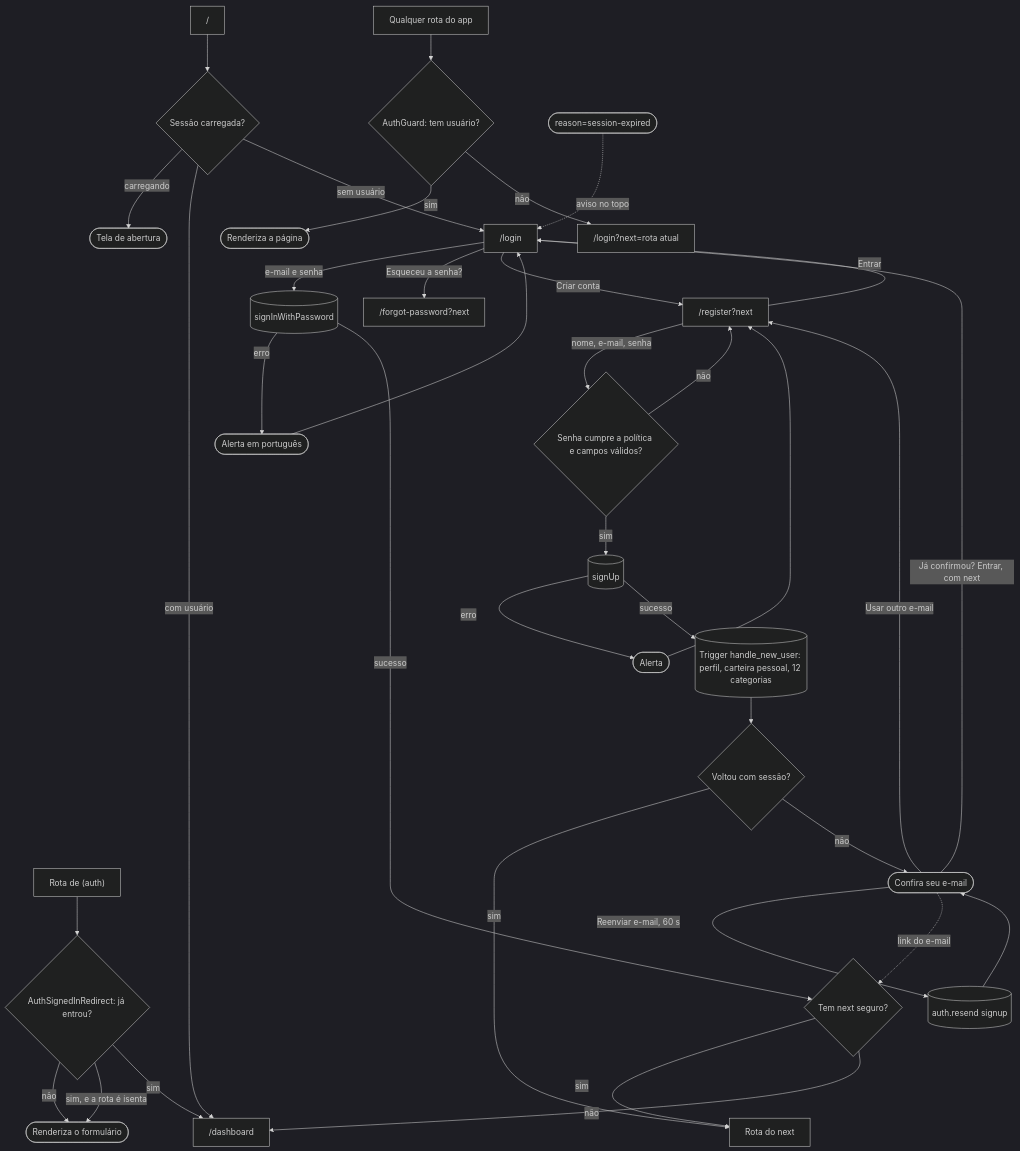
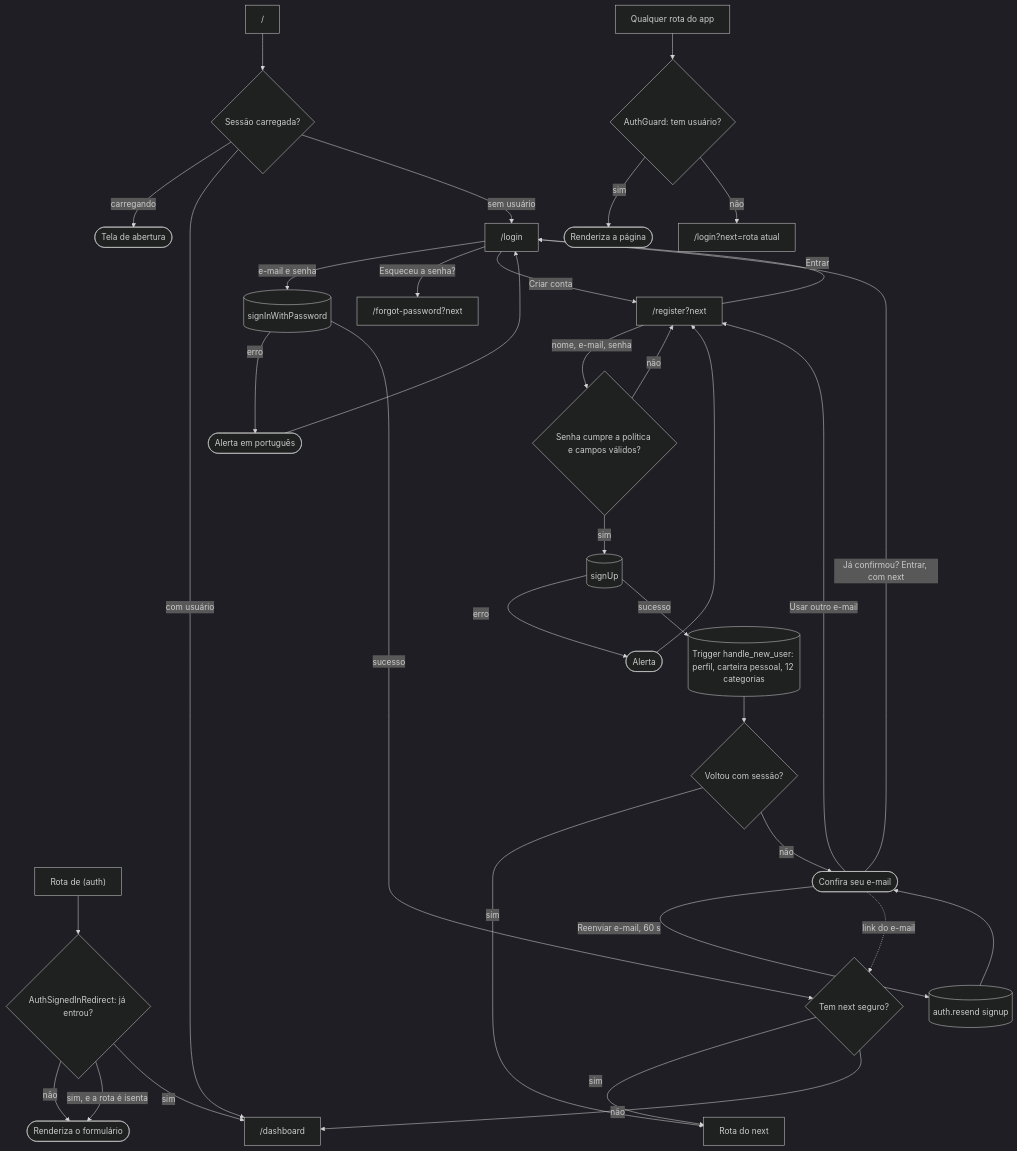
One commit to kauax2000/finance_app changed the second of 31 diagrams in docs/JORNADAS.md. Above: the diagram before and after it, drawn with Mermaid. The commit also changed other lines of this file and 71 other files, not shown here.

````diff
--- a/docs/JORNADAS.md
+++ b/docs/JORNADAS.md
@@ -197,40 +197,39 @@
 ```mermaid
 %%{init: {"theme": "dark"}}%%
 flowchart TD
     root["/"] --> loading{"Sessão carregada?"}
     loading -->|"carregando"| bootscreen(["Tela de abertura"])
     loading -->|"com usuário"| dash["/dashboard"]
     loading -->|"sem usuário"| login["/login"]
 
     protected["Qualquer rota do app"] --> guard{"AuthGuard: tem usuário?"}
     guard -->|"sim"| page(["Renderiza a página"])
     guard -->|"não"| loginNext["/login?next=rota atual"]
 
     authRoute["Rota de (auth)"] --> backGuard{"AuthSignedInRedirect: já entrou?"}
     backGuard -->|"não"| form(["Renderiza o formulário"])
     backGuard -->|"sim, e a rota é isenta"| form
     backGuard -->|"sim"| dash
 
     login -->|"e-mail e senha"| signin[("signInWithPassword")]
     signin -->|"erro"| loginErr(["Alerta em português"]) --> login
     signin -->|"sucesso"| nextOk{"Tem next seguro?"}
     nextOk -->|"sim"| back["Rota do next"]
     nextOk -->|"não"| dash
     login -->|"Esqueceu a senha?"| forgot["/forgot-password?next"]
     login -->|"Criar conta"| register["/register?next"]
-    revoked(["reason=session-expired"]) -.->|"aviso no topo"| login
 
     register -->|"nome, e-mail, senha"| valid{"Senha cumpre a política e campos válidos?"}
     valid -->|"não"| register
     valid -->|"sim"| signup[("signUp")]
     signup -->|"erro"| regErr(["Alerta"]) --> register
     signup -->|"sucesso"| trigger[("Trigger handle_new_user: perfil, carteira pessoal, 12 categorias")]
     trigger --> hasSession{"Voltou com sessão?"}
     hasSession -->|"sim"| back
     hasSession -->|"não"| confirm(["Confira seu e-mail"])
     confirm -->|"Reenviar e-mail, 60 s"| resendSignup[("auth.resend signup")] --> confirm
     confirm -->|"Usar outro e-mail"| register
     confirm -->|"Já confirmou? Entrar, com next"| login
     confirm -.->|"link do e-mail"| nextOk
     register -->|"Entrar"| login
 ```
````
